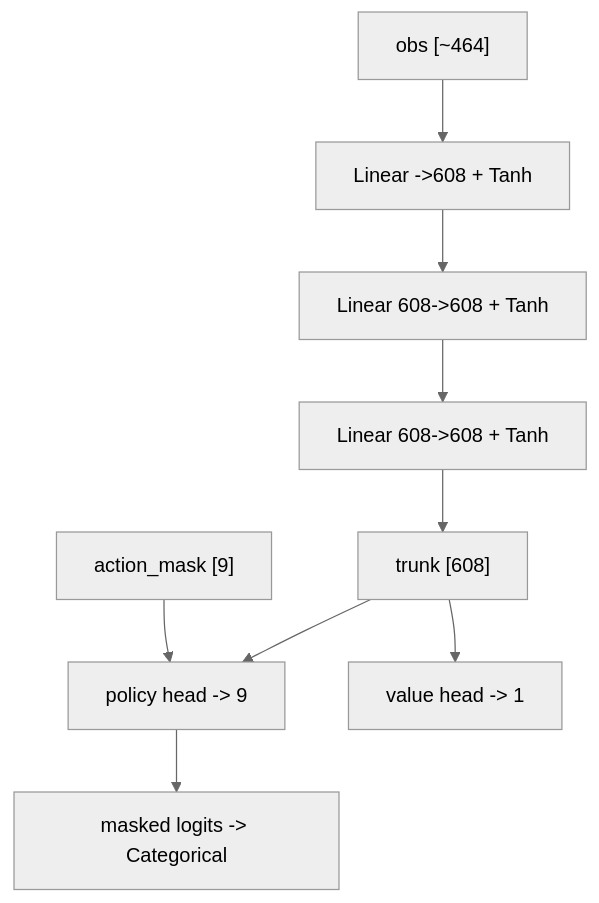
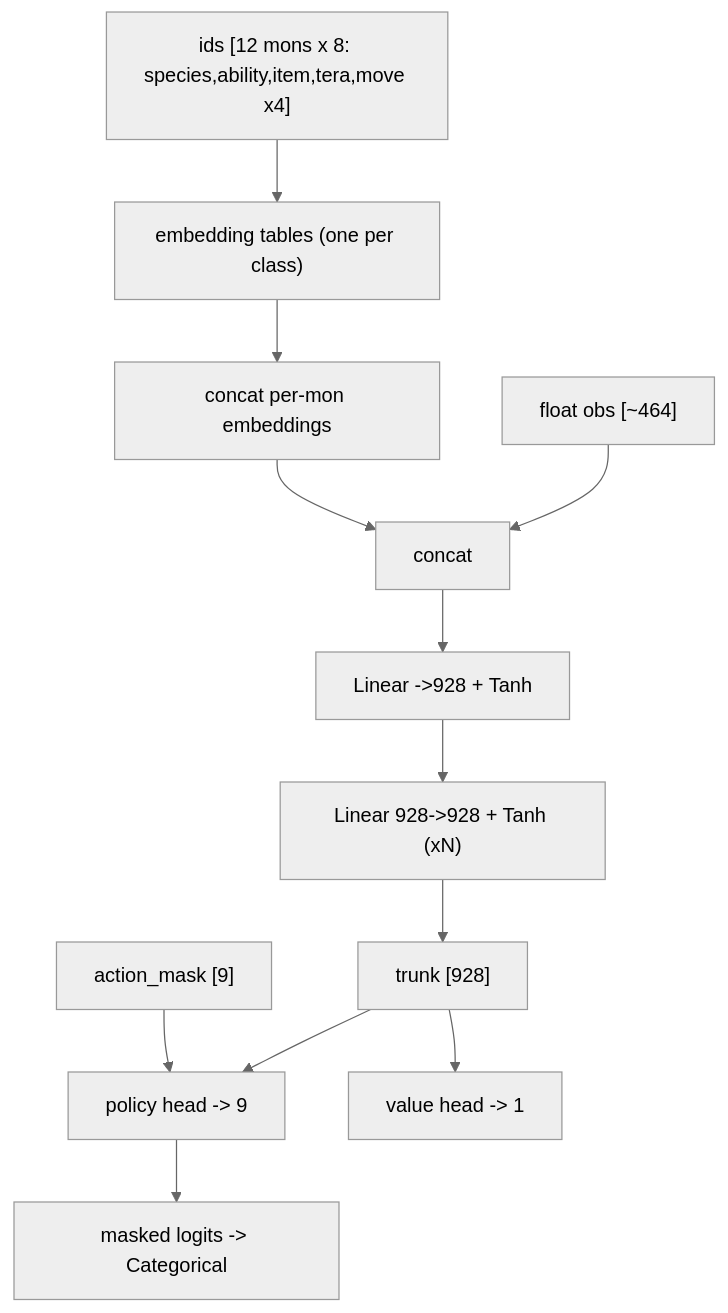
The second of 4 diagrams in agents/DESIGN.md (rfgordan/alphakazam), drawn with Mermaid (neutral theme) before and after one commit. The commit also changed other lines of this file and 9 other files, not shown here.

First line of the commit message:
agents+engine: ID embedding tables (Level-1), model scaled to ~5M params

````diff
--- a/agents/DESIGN.md
+++ b/agents/DESIGN.md
@@ -60,11 +64,14 @@
 ```mermaid
 flowchart TD
-    OBS["obs [~464]"] --> L0["Linear ->608 + Tanh"]
-    L0 --> L1["Linear 608->608 + Tanh"]
-    L1 --> L2["Linear 608->608 + Tanh"]
-    L2 --> H["trunk [608]"]
+    IDS["ids [12 mons x 8: species,ability,item,tera,move x4]"] --> EMB["embedding tables (one per class)"]
+    EMB --> ECAT["concat per-mon embeddings"]
+    OBSF["float obs [~464]"] --> CAT["concat"]
+    ECAT --> CAT
+    CAT --> L0["Linear ->928 + Tanh"]
+    L0 --> L1["Linear 928->928 + Tanh (xN)"]
+    L1 --> H["trunk [928]"]
     H --> P["policy head -> 9"]
     H --> V["value head -> 1"]
     MASK["action_mask [9]"] --> P
     P --> LOGITS["masked logits -> Categorical"]
 ```
````
